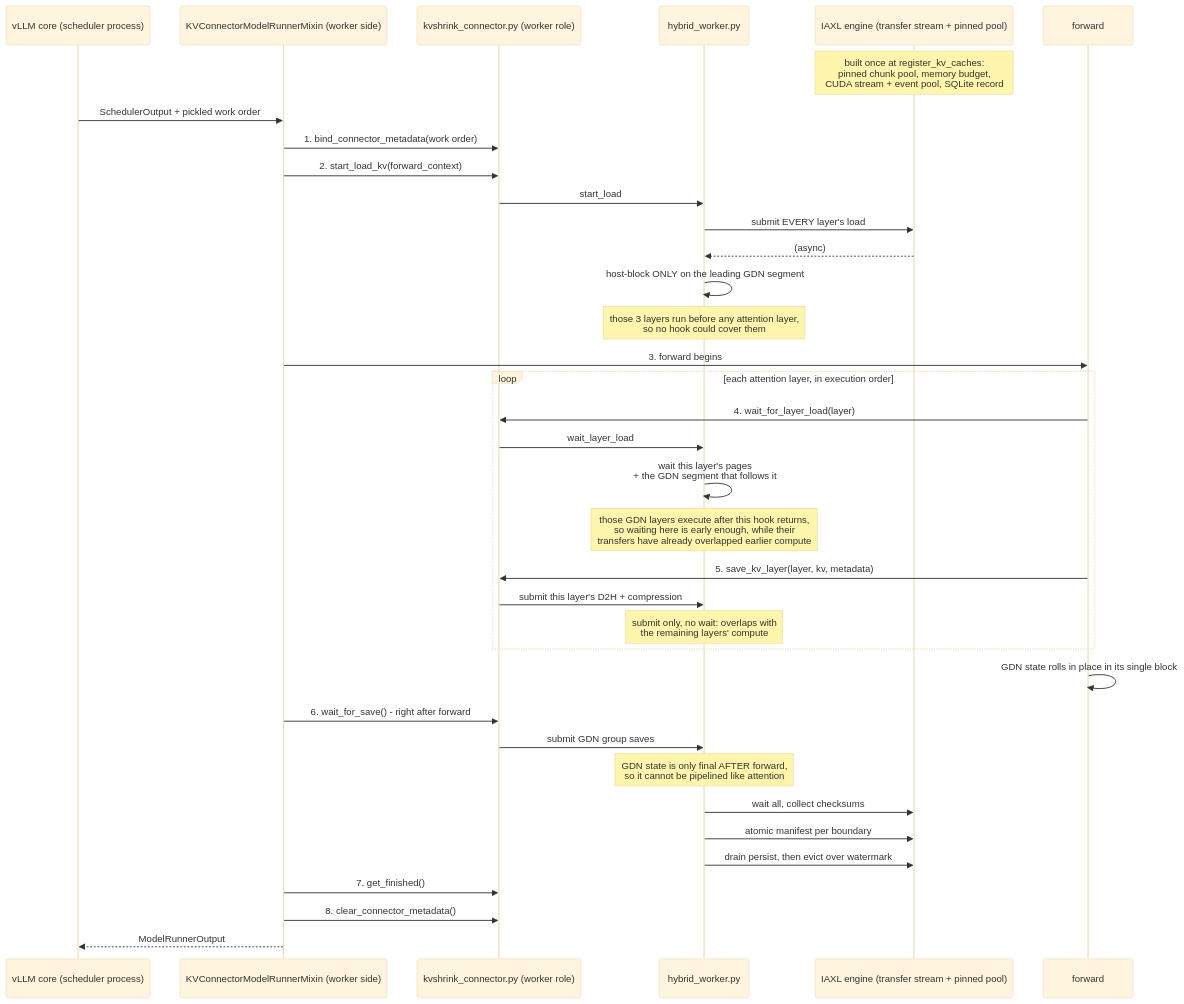
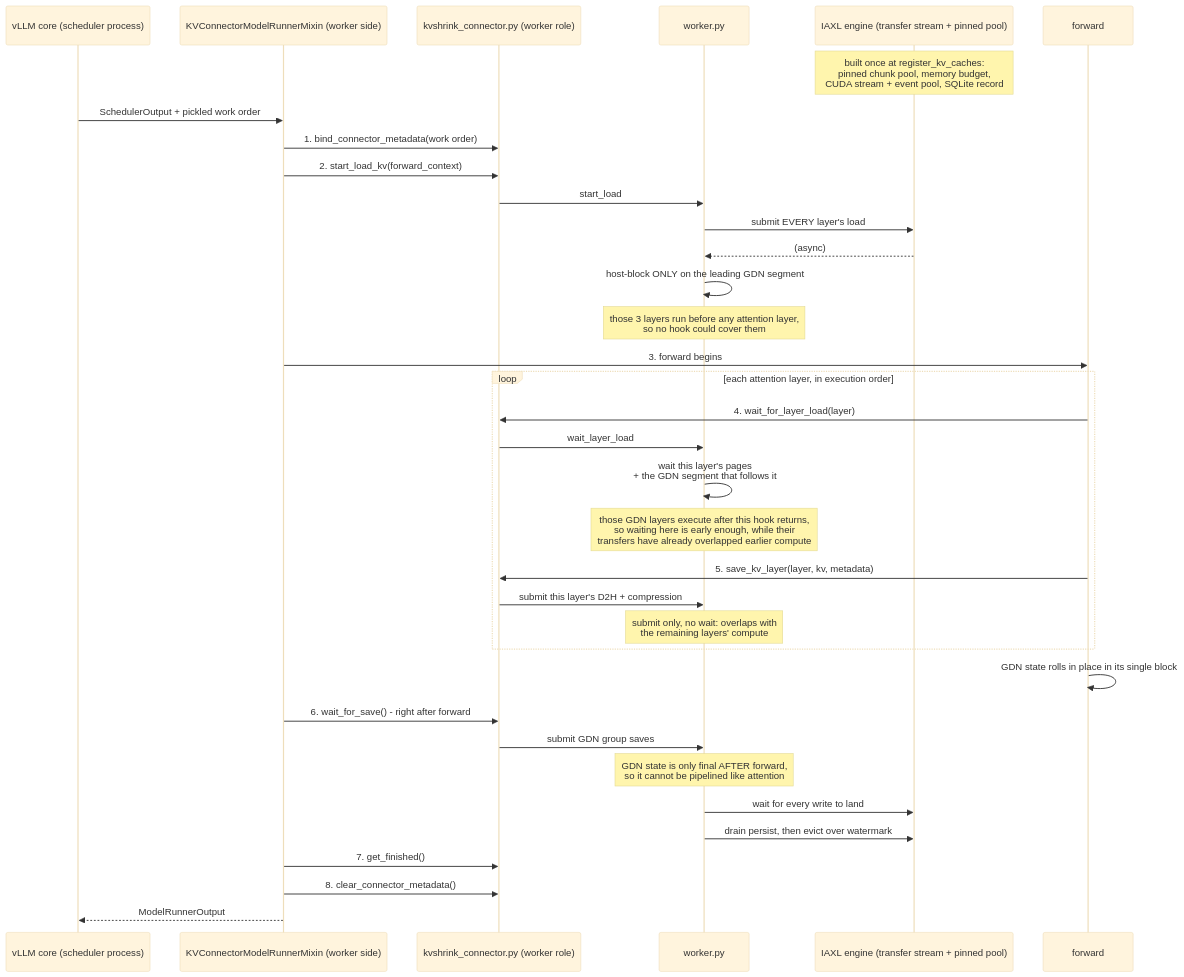
The fourth of 6 diagrams in doc/design/kvshrink-hybrid.md (cocotyty/intel-accel-for-llm), drawn with Mermaid (base theme) before and after one commit. The commit also changed other lines of this file and 3 other files, not shown here.

````diff
--- a/doc/design/kvshrink-hybrid.md
+++ b/doc/design/kvshrink-hybrid.md
@@ -235,40 +231,39 @@
 ```mermaid
 sequenceDiagram
     participant Core as vLLM core (scheduler process)
     participant Mix as KVConnectorModelRunnerMixin (worker side)
     participant Con as kvshrink_connector.py (worker role)
-    participant Wk as hybrid_worker.py
+    participant Wk as worker.py
     participant Eng as IAXL engine (transfer stream + pinned pool)
     participant GPU as forward
 
     Note over Eng: built once at register_kv_caches:<br/>pinned chunk pool, memory budget,<br/>CUDA stream + event pool, SQLite record
 
     Core->>Mix: SchedulerOutput + pickled work order
     Mix->>Con: 1. bind_connector_metadata(work order)
     Mix->>Con: 2. start_load_kv(forward_context)
     Con->>Wk: start_load
     Wk->>Eng: submit EVERY layer's load
     Eng-->>Wk: (async)
     Wk->>Wk: host-block ONLY on the leading GDN segment
     Note over Wk: those 3 layers run before any attention layer,<br/>so no hook could cover them
     Mix->>GPU: 3. forward begins
     loop each attention layer, in execution order
         GPU->>Con: 4. wait_for_layer_load(layer)
         Con->>Wk: wait_layer_load
         Wk->>Wk: wait this layer's pages<br/>+ the GDN segment that follows it
         Note over Wk: those GDN layers execute after this hook returns,<br/>so waiting here is early enough, while their<br/>transfers have already overlapped earlier compute
         GPU->>Con: 5. save_kv_layer(layer, kv, metadata)
         Con->>Wk: submit this layer's D2H + compression
         Note over Wk: submit only, no wait: overlaps with<br/>the remaining layers' compute
     end
     GPU->>GPU: GDN state rolls in place in its single block
     Mix->>Con: 6. wait_for_save() - right after forward
     Con->>Wk: submit GDN group saves
     Note over Wk: GDN state is only final AFTER forward,<br/>so it cannot be pipelined like attention
-    Wk->>Eng: wait all, collect checksums
-    Wk->>Eng: atomic manifest per boundary
+    Wk->>Eng: wait for every write to land
     Wk->>Eng: drain persist, then evict over watermark
     Mix->>Con: 7. get_finished()
     Mix->>Con: 8. clear_connector_metadata()
     Mix-->>Core: ModelRunnerOutput
 ```
````
